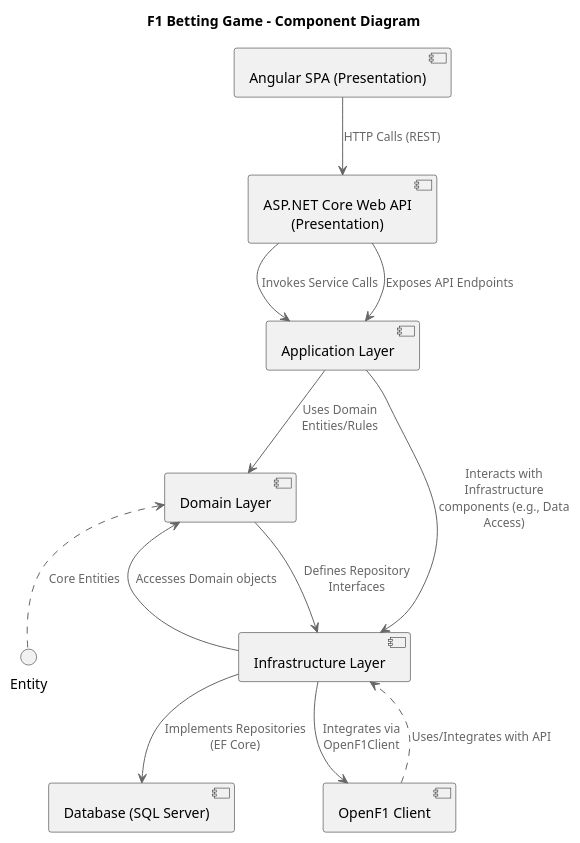
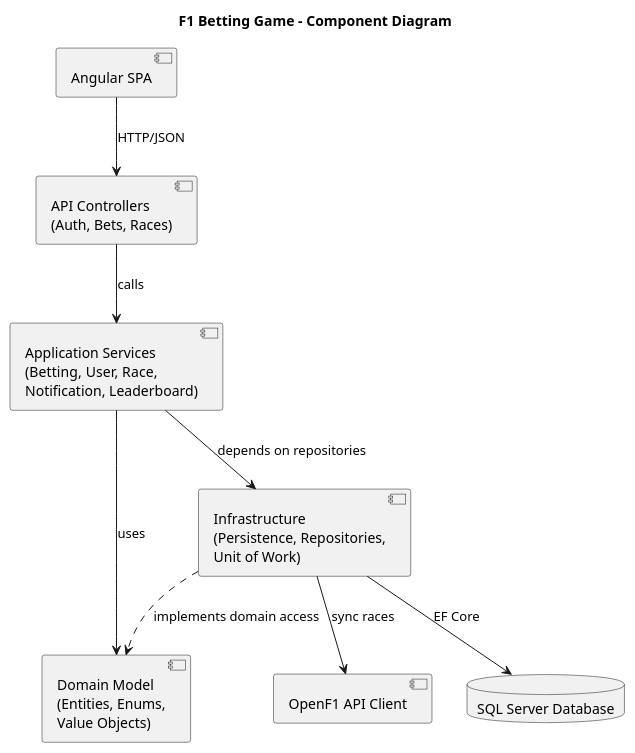
The diagram in docs/architecture/component_diagram.puml (micjaw310589/f1-betting-game), drawn with PlantUML before and after one commit. The commit also changed 15 other files, not shown here.

First line of the commit message:
Update architecture and sequence PlantUML diagrams

```diff
--- a/docs/architecture/component_diagram.puml
+++ b/docs/architecture/component_diagram.puml
@@ -1,35 +1,20 @@
 @startuml
-!includeurl https://raw.githubusercontent.com/plantuml-stdlib/stdlib/master/C4_Component.puml
 title F1 Betting Game - Component Diagram
 
-component "Angular SPA (Presentation)" as SPA
-component "ASP.NET Core Web API (Presentation)" as API
-component "Application Layer" as AppLayer
-component "Domain Layer" as Domain
-component "Infrastructure Layer" as Infra
-component "Database (SQL Server)" as DB
-component "OpenF1 Client" as OpenF1
+component "Angular SPA" as SPA
+component "API Controllers\n(Auth, Bets, Races)" as API
+component "Application Services\n(Betting, User, Race,\nNotification, Leaderboard)" as App
+component "Domain Model\n(Entities, Enums,\nValue Objects)" as Domain
+component "Infrastructure\n(Persistence, Repositories,\nUnit of Work)" as Infra
+component "OpenF1 API Client" as OpenF1
+database "SQL Server Database" as DB
 
-' API Gateway / Controllers -> Application Layer
-SPA --> API : HTTP Calls (REST)
-API --> AppLayer : Invokes Service Calls
+SPA --> API : HTTP/JSON
+API --> App : calls
+App --> Domain : uses
+App --> Infra : depends on repositories
+Infra --> DB : EF Core
+Infra --> OpenF1 : sync races
+Infra ..> Domain : implements domain access
 
-' Application Layer contains Use Cases/Business Logic
-AppLayer --> Domain : Uses Domain Entities/Rules
-
-' Domain Layer is the Core (Stable)
-Domain --> Infra : Defines Repository Interfaces
-Domain <.. Entity : Core Entities
-
-' Infrastructure Layer implements persistence and external communication
-Infra --> DB : Implements Repositories (EF Core)
-Infra --> OpenF1 : Integrates via OpenF1Client
-
-' Relationships Flow
-API --> AppLayer : Exposes API Endpoints
-AppLayer --> Infra : Interacts with Infrastructure components (e.g., Data Access)
-Infra --> Domain : Accesses Domain objects
-
-' External Dependency
-OpenF1 ..> Infra : Uses/Integrates with API
 @enduml
```
